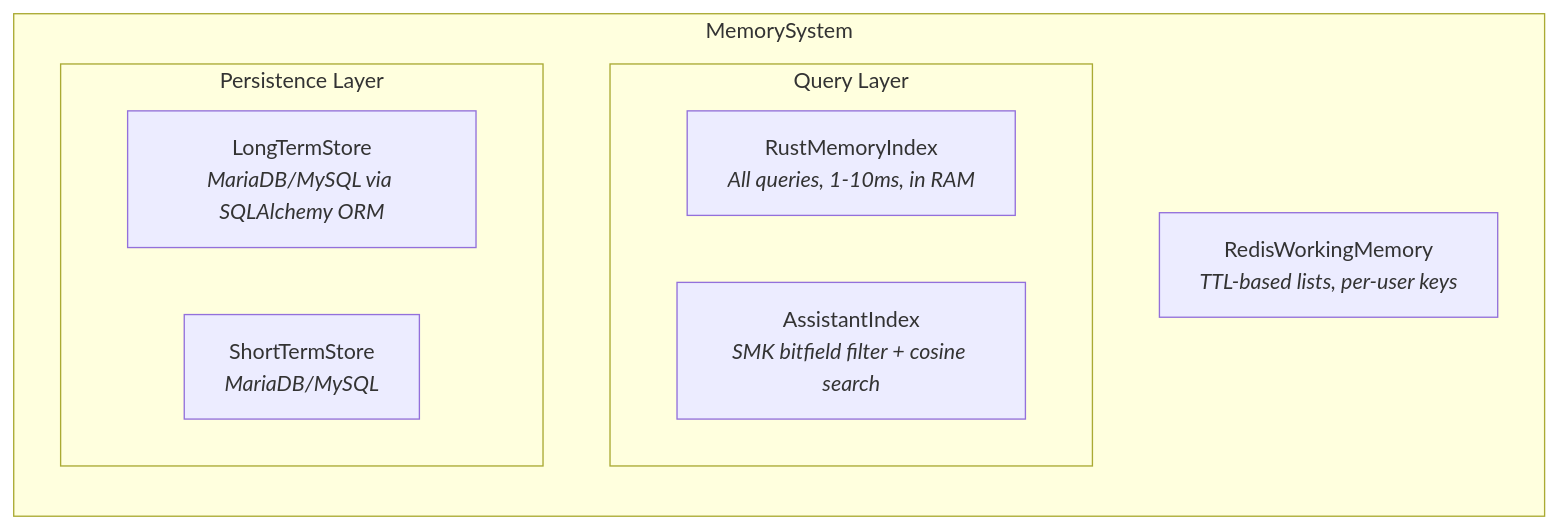
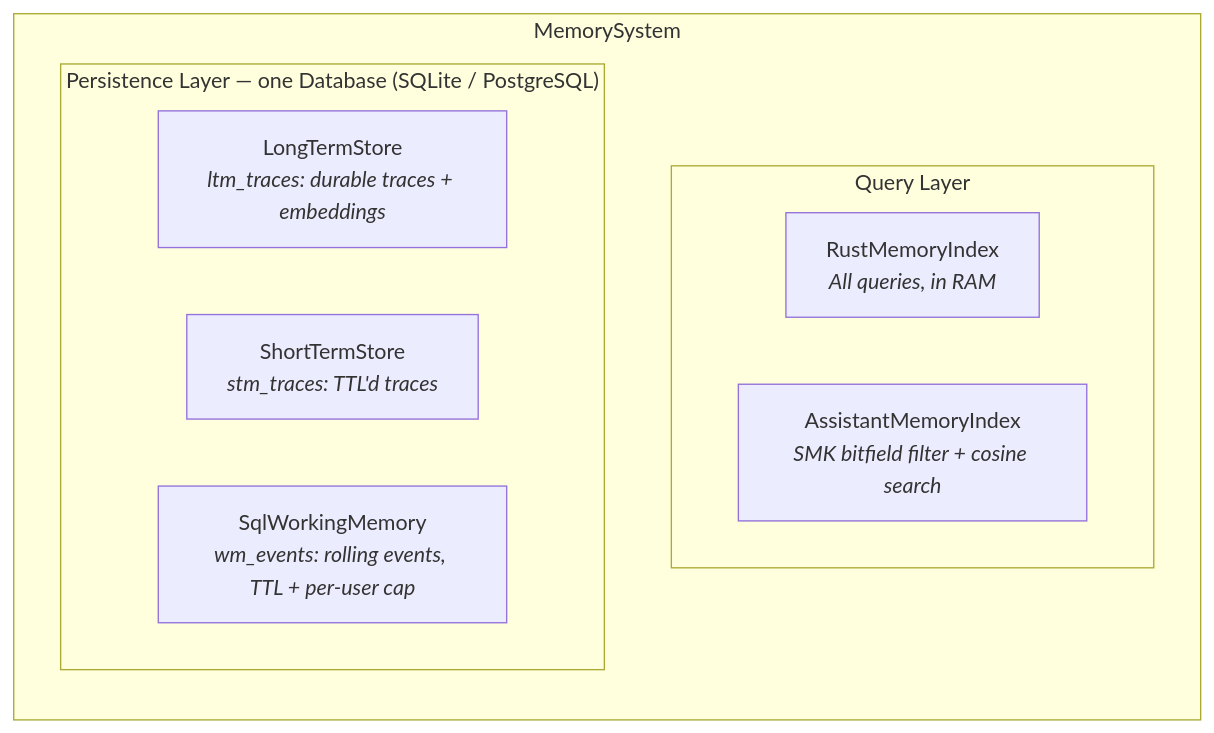
The first of 5 diagrams in docs/architecture.md (Magic-Man-us/MemoryCore), drawn with Mermaid before and after one commit. The commit also changed other lines of this file and 45 other files, not shown here.

````diff
--- a/docs/architecture.md
+++ b/docs/architecture.md
@@ -7,15 +9,15 @@
 ```mermaid
 graph TB
     subgraph MemorySystem
         direction TB
         subgraph Query Layer
-            RI[RustMemoryIndex<br><i>All queries, 1-10ms, in RAM</i>]
-            AI[AssistantIndex<br><i>SMK bitfield filter + cosine search</i>]
+            RI[RustMemoryIndex<br><i>All queries, in RAM</i>]
+            AI[AssistantMemoryIndex<br><i>SMK bitfield filter + cosine search</i>]
         end
-        subgraph Persistence Layer
-            LTM[LongTermStore<br><i>MariaDB/MySQL via SQLAlchemy ORM</i>]
-            STM[ShortTermStore<br><i>MariaDB/MySQL</i>]
+        subgraph "Persistence Layer — one Database (SQLite / PostgreSQL)"
+            LTM[LongTermStore<br><i>ltm_traces: durable traces + embeddings</i>]
+            STM[ShortTermStore<br><i>stm_traces: TTL'd traces</i>]
+            WM[SqlWorkingMemory<br><i>wm_events: rolling events, TTL + per-user cap</i>]
         end
-        WM[RedisWorkingMemory<br><i>TTL-based lists, per-user keys</i>]
     end
 ```
````
